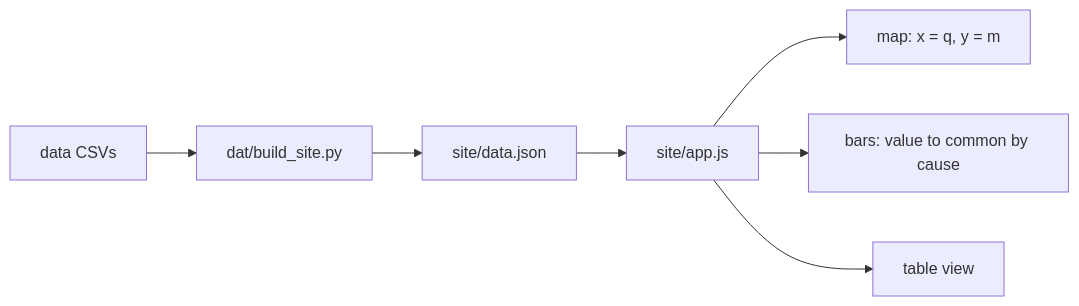
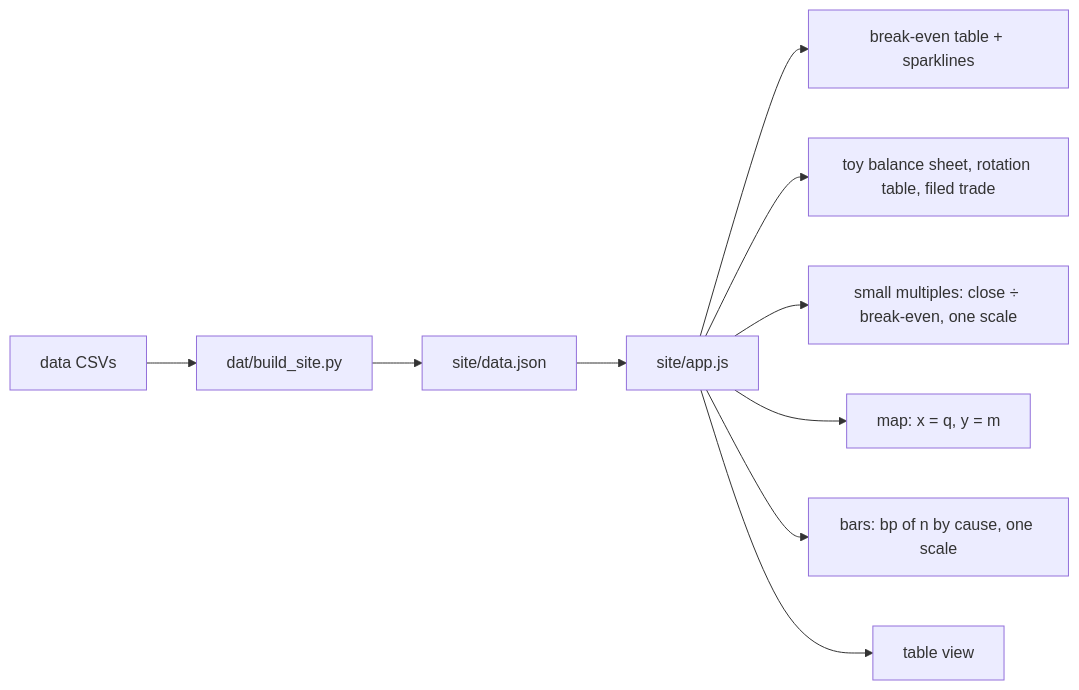
One commit to RahilBhavan/dat-accretion changed the diagram in docs/course/03-shipping/01-map-and-bars/en.md. Above: the diagram before and after it, drawn with Mermaid. The commit also changed other lines of this file and 27 other files, not shown here.

First line of the commit message:
Draw the course's figures from the data: the ruler, a week's parts in basis points, the toy balance sheet (#35)

````diff
--- a/docs/course/03-shipping/01-map-and-bars/en.md
+++ b/docs/course/03-shipping/01-map-and-bars/en.md
@@ -26,9 +28,12 @@
 ```mermaid
 flowchart LR
   CSV[data CSVs] --> B[dat/build_site.py]
   B --> J[site/data.json]
   J --> A[site/app.js]
+  A --> H[break-even table + sparklines]
+  A --> E[toy balance sheet, rotation table, filed trade]
+  A --> P[small multiples: close ÷ break-even, one scale]
   A --> M[map: x = q, y = m]
-  A --> R[bars: value to common by cause]
+  A --> R[bars: bp of n by cause, one scale]
   A --> T[table view]
 ```
````
